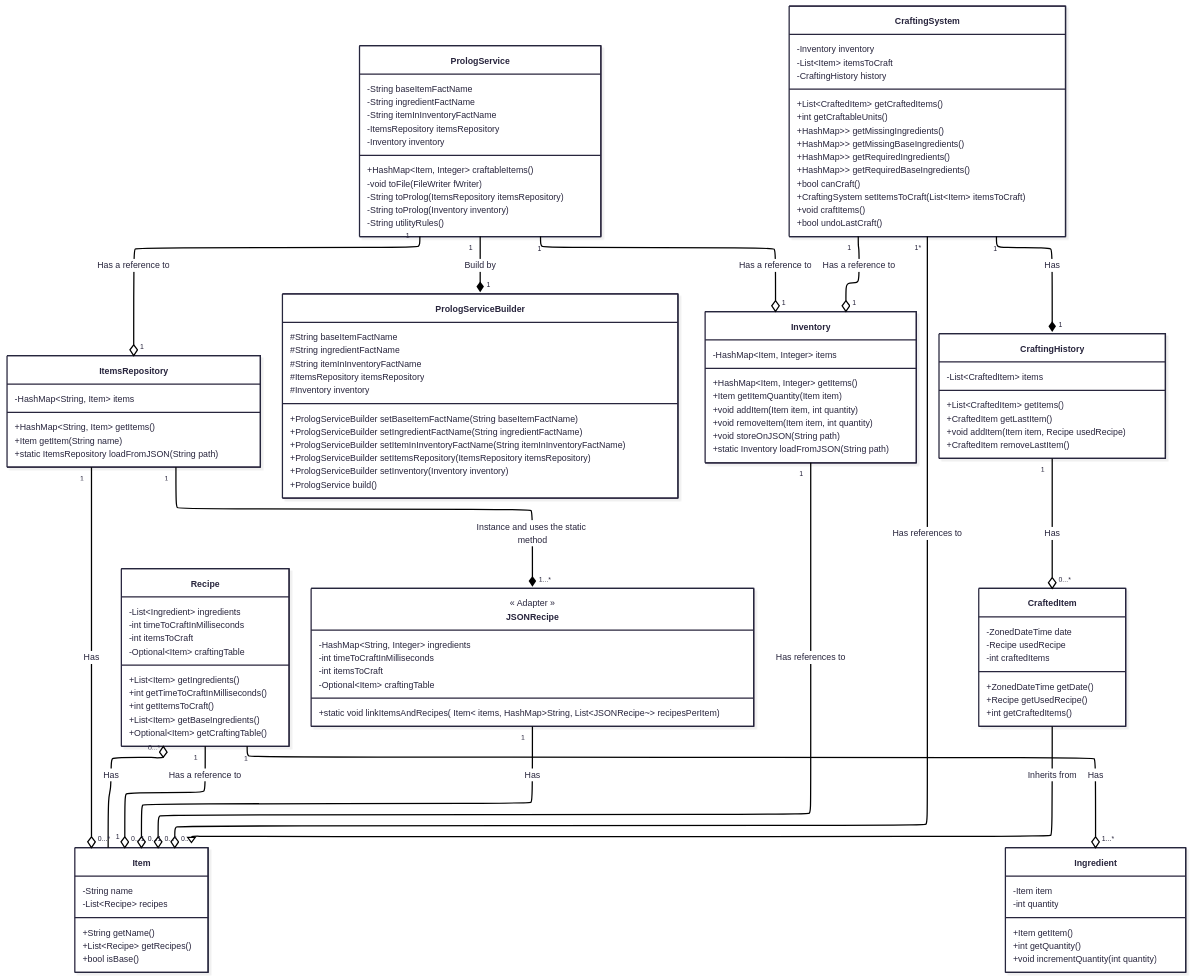
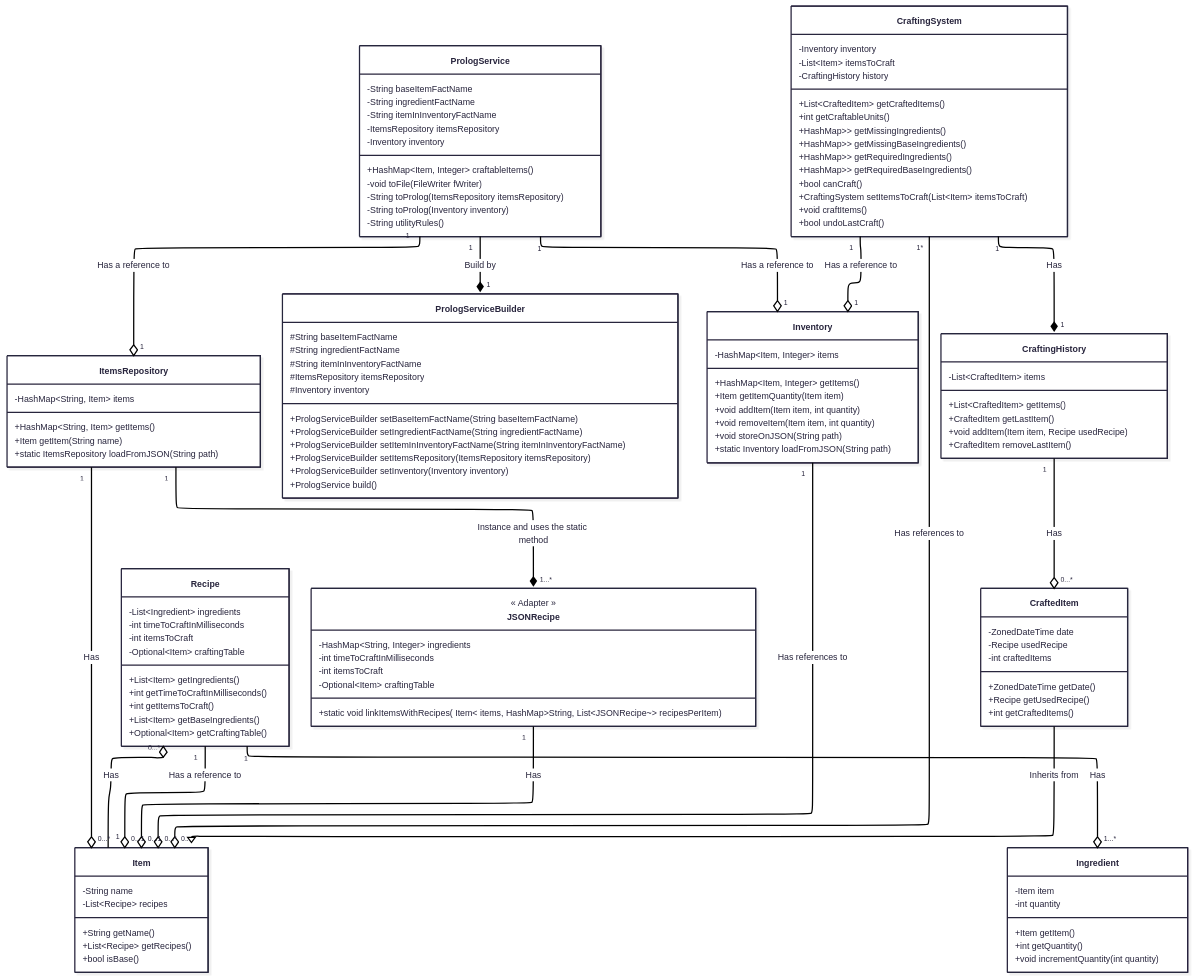
One commit to hozlucas28/Java-Practical-Work-2025 changed the first of 2 diagrams in README.md. Above: the diagram before and after it, drawn with Mermaid. The commit also changed 2 other files, not shown here.

Commit message:
chore(JSONRecipe): rename `linkItemsAndRecipes` to `linkItemsWithRecipes`

```diff
--- a/README.md
+++ b/README.md
@@ -179,7 +179,7 @@
 	    -int itemsToCraft
 	    -Optional~Item~ craftingTable
 
-	    +static void linkItemsAndRecipes(HashMap~String, Item~ items, HashMap~String, List~JSONRecipe~~ recipesPerItem)
+	    +static void linkItemsWithRecipes(HashMap~String, Item~ items, HashMap~String, List~JSONRecipe~~ recipesPerItem)
     }
 
     class CraftedItem {
```
